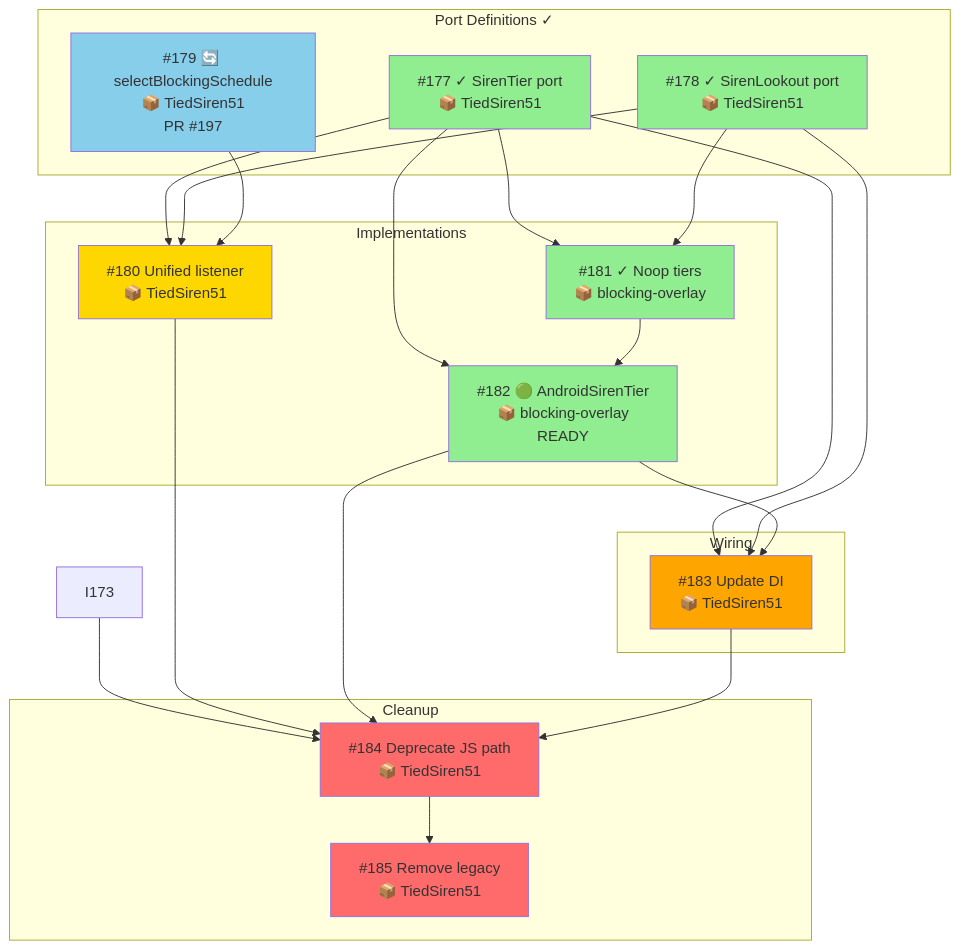
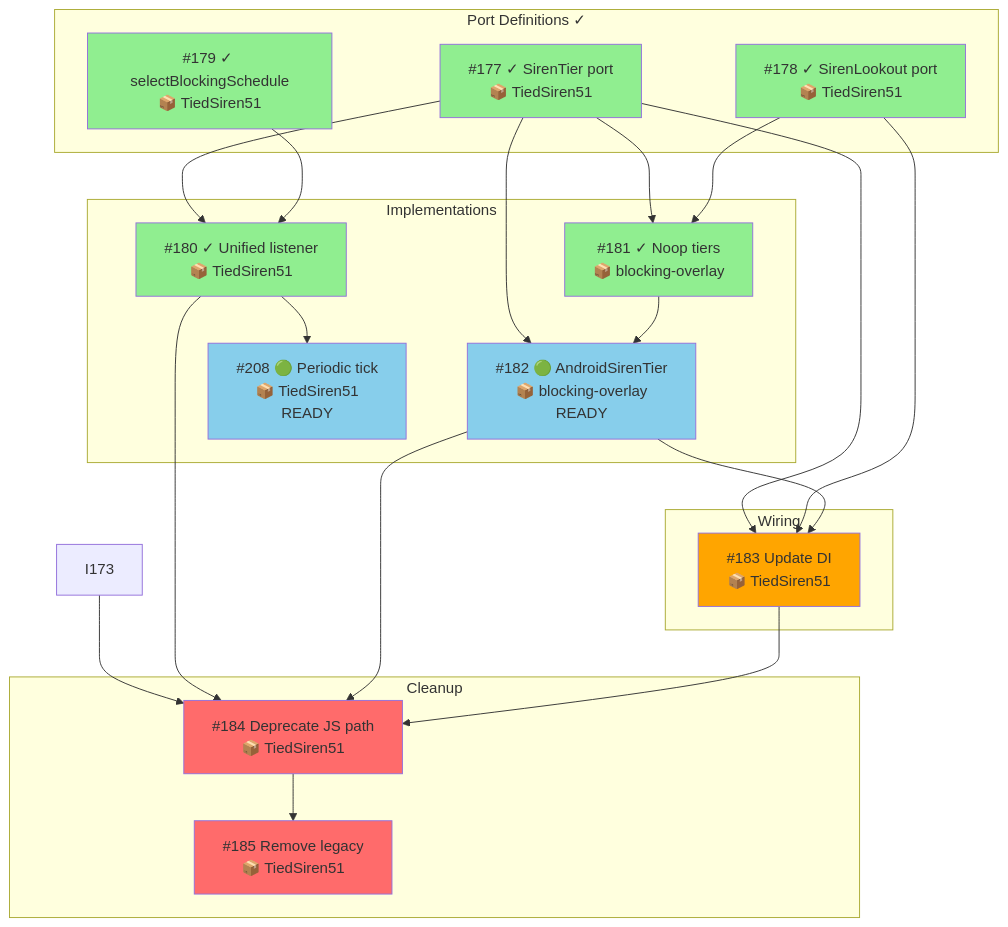
One commit to amehmeto/TiedSiren51 changed the third of 6 diagrams in docs/dependency-graph.md. Above: the diagram before and after it, drawn with Mermaid. The commit also changed other lines of this file and 38 other files, not shown here.

````diff
--- a/docs/dependency-graph.md
+++ b/docs/dependency-graph.md
@@ -54,58 +55,60 @@
 ```mermaid
 flowchart TD
     subgraph PORTS["Port Definitions ✓"]
         I177["#177 ✓ SirenTier port<br/>📦 TiedSiren51"]
         I178["#178 ✓ SirenLookout port<br/>📦 TiedSiren51"]
-        I179["#179 🔄 selectBlockingSchedule<br/>📦 TiedSiren51<br/>PR #197"]
+        I179["#179 ✓ selectBlockingSchedule<br/>📦 TiedSiren51"]
     end
 
     subgraph IMPL["Implementations"]
         I181["#181 ✓ Noop tiers<br/>📦 blocking-overlay"]
         I182["#182 🟢 AndroidSirenTier<br/>📦 blocking-overlay<br/>READY"]
-        I180["#180 Unified listener<br/>📦 TiedSiren51"]
+        I180["#180 ✓ Unified listener<br/>📦 TiedSiren51"]
+        I208["#208 🟢 Periodic tick<br/>📦 TiedSiren51<br/>READY"]
     end
 
     subgraph WIRE["Wiring"]
         I183["#183 Update DI<br/>📦 TiedSiren51"]
     end
 
     subgraph CLEANUP["Cleanup"]
         I184["#184 Deprecate JS path<br/>📦 TiedSiren51"]
         I185["#185 Remove legacy<br/>📦 TiedSiren51"]
     end
 
     %% Port dependencies
     I177 --> I181
     I178 --> I181
     I177 --> I182
     I181 --> I182
 
     %% Listener needs ports + selector
     I177 --> I180
-    I178 --> I180
     I179 --> I180
+    I180 --> I208
 
     %% DI needs implementations
     I177 --> I183
     I178 --> I183
     I182 --> I183
 
     %% Deprecation needs everything working
     I173 --> I184
     I180 --> I184
     I182 --> I184
     I183 --> I184
 
     %% Cleanup is last
     I184 --> I185
 
     style I177 fill:#90EE90
     style I178 fill:#90EE90
-    style I179 fill:#87CEEB
+    style I179 fill:#90EE90
     style I181 fill:#90EE90
-    style I182 fill:#90EE90
-    style I180 fill:#FFD700
+    style I180 fill:#90EE90
+    style I182 fill:#87CEEB
+    style I208 fill:#87CEEB
     style I183 fill:#FFA500
     style I184 fill:#FF6B6B
     style I185 fill:#FF6B6B
 ```
````
